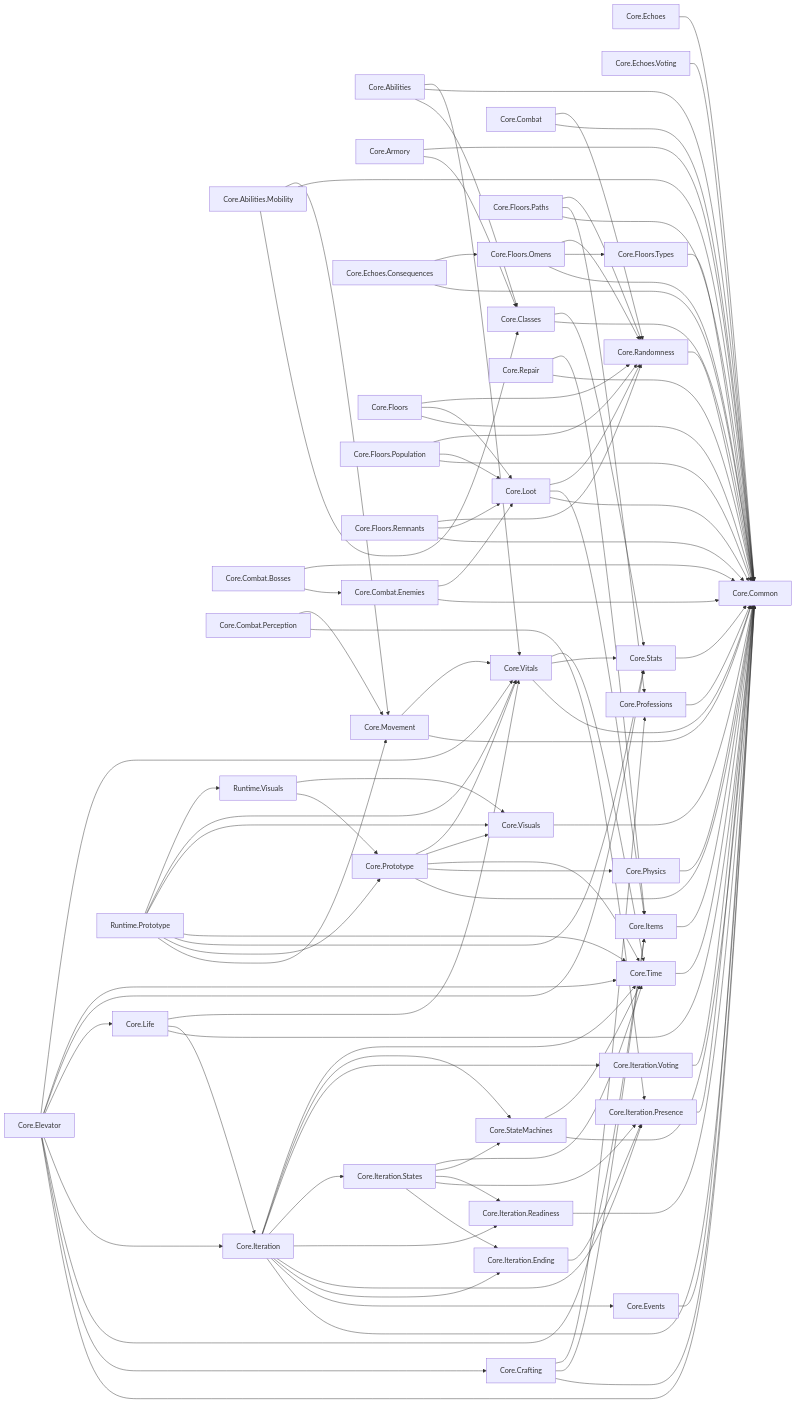
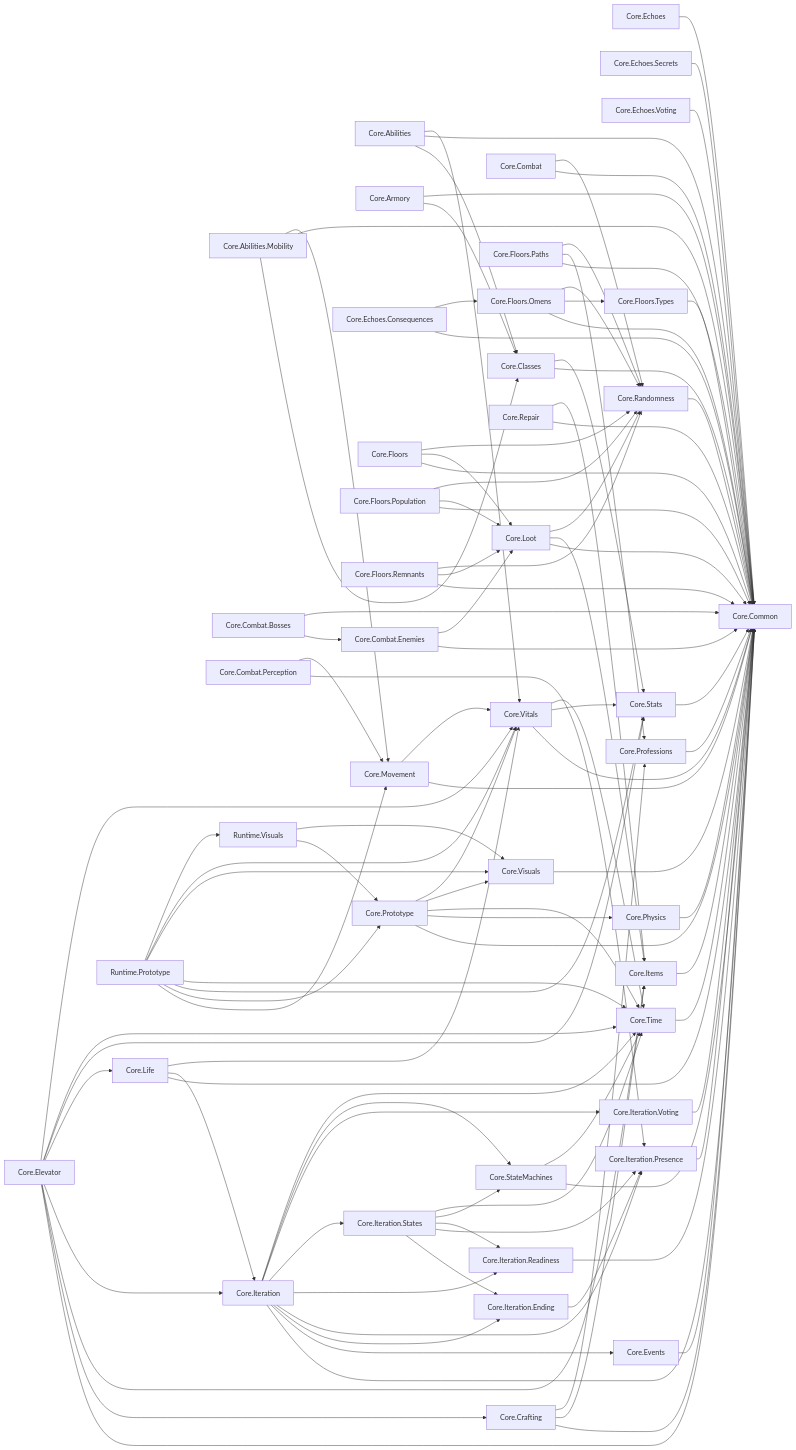
The diagram in docs/arquitectura/GRAFO.md (LazaroPol/Acensor), drawn with Mermaid before and after one commit. The commit also changed 9 other files, not shown here.

````diff
--- a/docs/arquitectura/GRAFO.md
+++ b/docs/arquitectura/GRAFO.md
@@ -16,77 +16,79 @@
   n9["Core.Crafting"]
   n10["Core.Echoes"]
   n11["Core.Echoes.Consequences"]
-  n12["Core.Echoes.Voting"]
-  n13["Core.Elevator"]
-  n14["Core.Events"]
-  n15["Core.Floors"]
-  n16["Core.Floors.Omens"]
-  n17["Core.Floors.Paths"]
-  n18["Core.Floors.Population"]
-  n19["Core.Floors.Remnants"]
-  n20["Core.Floors.Types"]
-  n21["Core.Items"]
-  n22["Core.Iteration"]
-  n23["Core.Iteration.Ending"]
-  n24["Core.Iteration.Presence"]
-  n25["Core.Iteration.Readiness"]
-  n26["Core.Iteration.States"]
-  n27["Core.Iteration.Voting"]
-  n28["Core.Life"]
-  n29["Core.Loot"]
-  n30["Core.Movement"]
-  n31["Core.Physics"]
-  n32["Core.Professions"]
-  n33["Core.Prototype"]
-  n34["Core.Randomness"]
-  n35["Core.Repair"]
-  n36["Core.StateMachines"]
-  n37["Core.Stats"]
-  n38["Core.Time"]
-  n39["Core.Visuals"]
-  n40["Core.Vitals"]
-  n41["Runtime.Prototype"]
-  n42["Runtime.Visuals"]
-  n0 --> n3 & n8 & n40
-  n1 --> n3 & n8 & n30
+  n12["Core.Echoes.Secrets"]
+  n13["Core.Echoes.Voting"]
+  n14["Core.Elevator"]
+  n15["Core.Events"]
+  n16["Core.Floors"]
+  n17["Core.Floors.Omens"]
+  n18["Core.Floors.Paths"]
+  n19["Core.Floors.Population"]
+  n20["Core.Floors.Remnants"]
+  n21["Core.Floors.Types"]
+  n22["Core.Items"]
+  n23["Core.Iteration"]
+  n24["Core.Iteration.Ending"]
+  n25["Core.Iteration.Presence"]
+  n26["Core.Iteration.Readiness"]
+  n27["Core.Iteration.States"]
+  n28["Core.Iteration.Voting"]
+  n29["Core.Life"]
+  n30["Core.Loot"]
+  n31["Core.Movement"]
+  n32["Core.Physics"]
+  n33["Core.Professions"]
+  n34["Core.Prototype"]
+  n35["Core.Randomness"]
+  n36["Core.Repair"]
+  n37["Core.StateMachines"]
+  n38["Core.Stats"]
+  n39["Core.Time"]
+  n40["Core.Visuals"]
+  n41["Core.Vitals"]
+  n42["Runtime.Prototype"]
+  n43["Runtime.Visuals"]
+  n0 --> n3 & n8 & n41
+  n1 --> n3 & n8 & n31
   n2 --> n3 & n8
-  n3 --> n8 & n37
-  n4 --> n8 & n34
+  n3 --> n8 & n38
+  n4 --> n8 & n35
   n5 --> n6 & n8
-  n6 --> n8 & n29
-  n7 --> n24 & n30
-  n9 --> n8 & n21 & n32
+  n6 --> n8 & n30
+  n7 --> n25 & n31
+  n9 --> n8 & n22 & n33
   n10 --> n8
-  n11 --> n8 & n16
+  n11 --> n8 & n17
   n12 --> n8
-  n13 --> n8 & n9 & n21 & n22 & n28 & n37 & n38 & n40
-  n14 --> n8
-  n15 --> n8 & n29 & n34
-  n16 --> n8 & n20 & n34
-  n17 --> n8 & n32 & n34
-  n18 --> n8 & n29 & n34
-  n19 --> n8 & n29 & n34
-  n20 --> n8
+  n13 --> n8
+  n14 --> n8 & n9 & n22 & n23 & n29 & n38 & n39 & n41
+  n15 --> n8
+  n16 --> n8 & n30 & n35
+  n17 --> n8 & n21 & n35
+  n18 --> n8 & n33 & n35
+  n19 --> n8 & n30 & n35
+  n20 --> n8 & n30 & n35
   n21 --> n8
-  n22 --> n8 & n14 & n23 & n24 & n25 & n26 & n27 & n36 & n38
-  n23 --> n24
-  n24 --> n8
+  n22 --> n8
+  n23 --> n8 & n15 & n24 & n25 & n26 & n27 & n28 & n37 & n39
+  n24 --> n25
   n25 --> n8
-  n26 --> n23 & n24 & n25 & n36 & n38
-  n27 --> n8
-  n28 --> n8 & n22 & n40
-  n29 --> n8 & n21 & n34
-  n30 --> n8 & n40
-  n31 --> n8
+  n26 --> n8
+  n27 --> n24 & n25 & n26 & n37 & n39
+  n28 --> n8
+  n29 --> n8 & n23 & n41
+  n30 --> n8 & n22 & n35
+  n31 --> n8 & n41
   n32 --> n8
-  n33 --> n8 & n31 & n38 & n39 & n40
-  n34 --> n8
-  n35 --> n8 & n21
-  n36 --> n8 & n38
-  n37 --> n8
+  n33 --> n8
+  n34 --> n8 & n32 & n39 & n40 & n41
+  n35 --> n8
+  n36 --> n8 & n22
+  n37 --> n8 & n39
   n38 --> n8
   n39 --> n8
-  n40 --> n8 & n37 & n38
-  n41 --> n30 & n33 & n37 & n38 & n39 & n40 & n42
-  n42 --> n33 & n39
+  n40 --> n8
+  n41 --> n8 & n38 & n39
+  n42 --> n31 & n34 & n38 & n39 & n40 & n41 & n43
+  n43 --> n34 & n40
 ```
````
